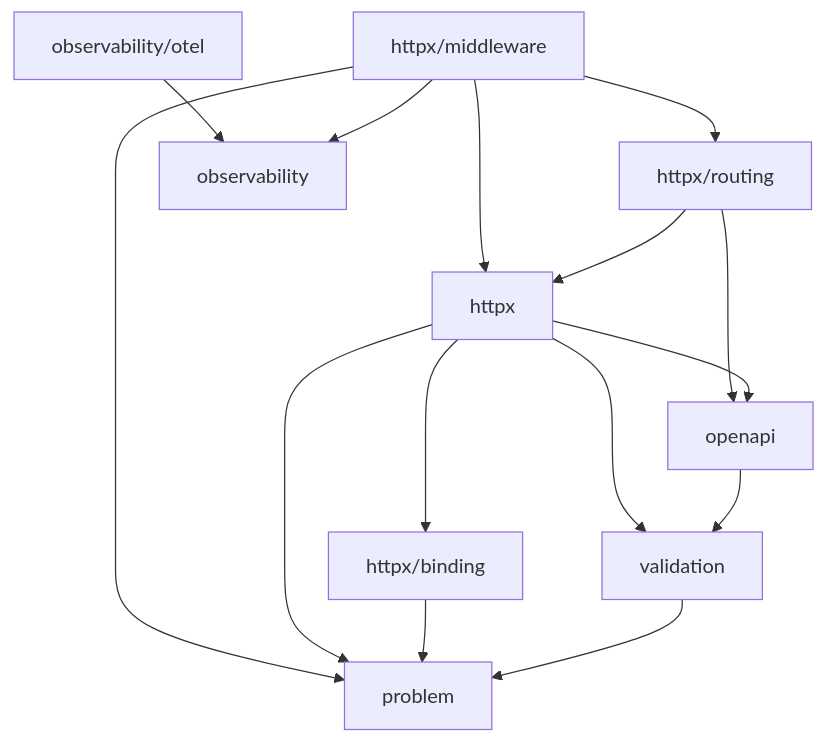
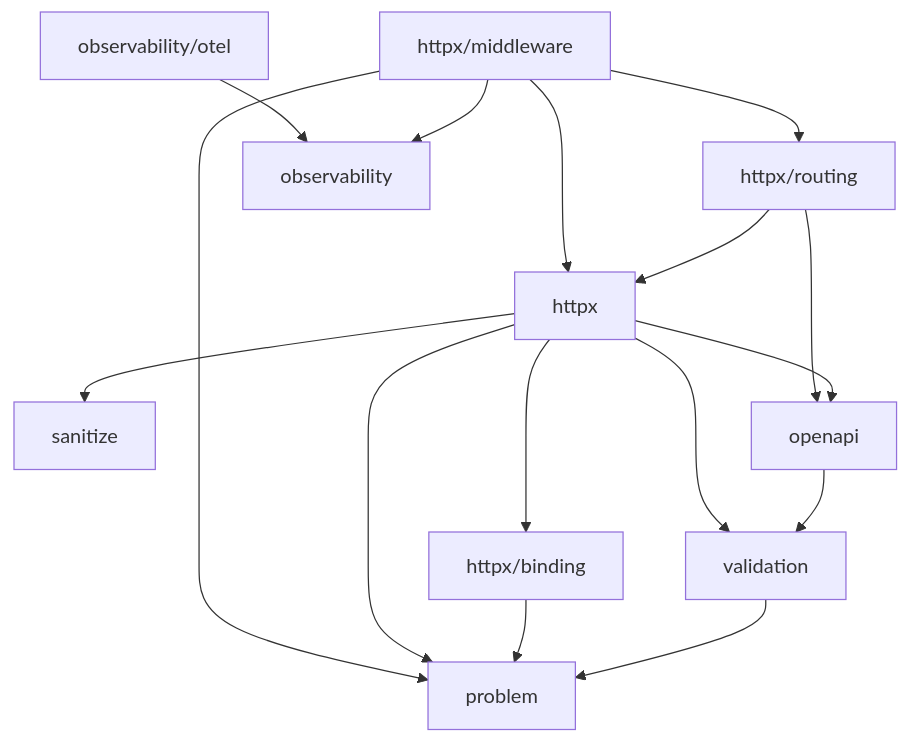
One commit to Casara/arnon changed the diagram in CLAUDE.md. Above: the diagram before and after it, drawn with Mermaid. The commit also changed other lines of this file and 23 other files, not shown here.

````diff
--- a/CLAUDE.md
+++ b/CLAUDE.md
@@ -50,18 +50,20 @@
 ```mermaid
 flowchart TD
     problem["problem"]
+    sanitize["sanitize"]
     validation["validation"] --> problem
     openapi["openapi"] --> validation
     httpxBinding["httpx/binding"] --> problem
     httpx["httpx"] --> httpxBinding
     httpx --> openapi
     httpx --> problem
+    httpx --> sanitize
     httpx --> validation
     httpxRouting["httpx/routing"] --> httpx
     httpxRouting --> openapi
     httpxMiddleware["httpx/middleware"] --> httpx
     httpxMiddleware --> httpxRouting
     httpxMiddleware --> observability["observability"]
     httpxMiddleware --> problem
     observabilityOtel["observability/otel"] --> observability
 ```
````
